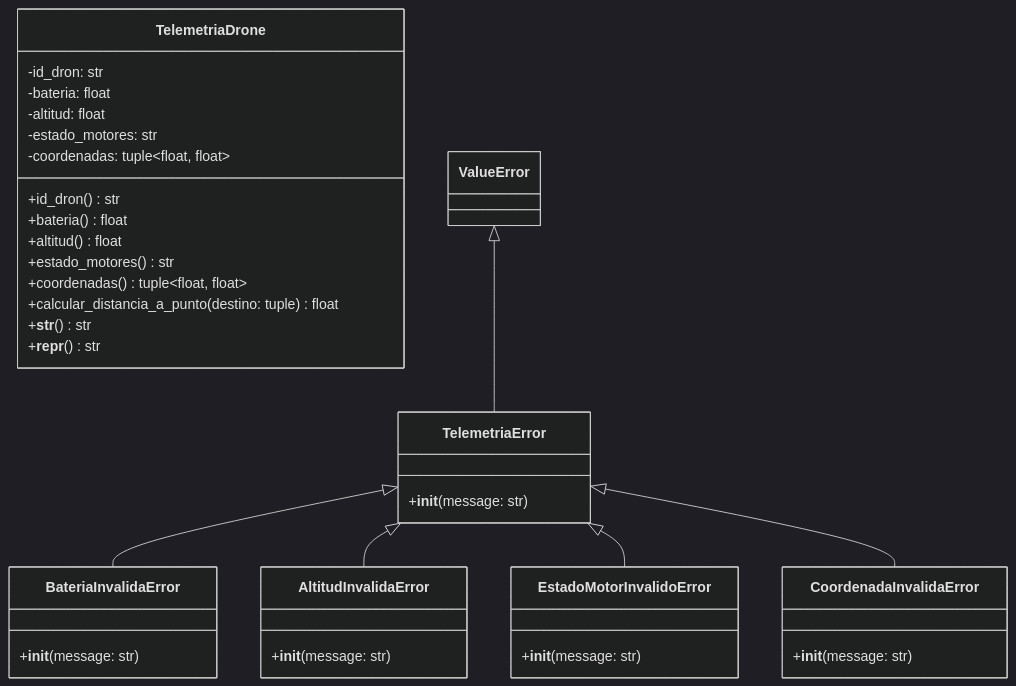
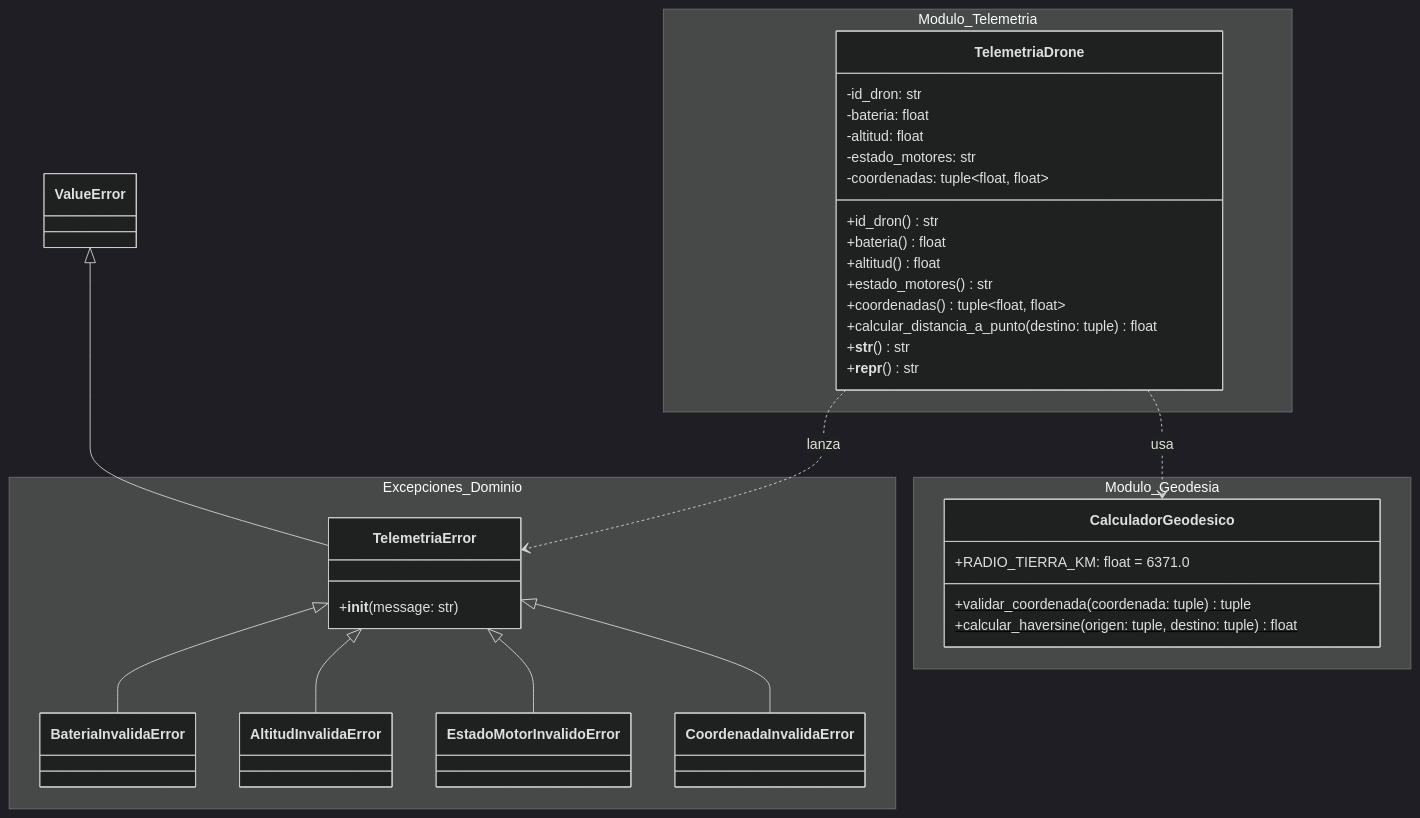
Before and after one commit to juanma120808/SkyRoute-Drones-POO: the diagram in docs/ANALISIS_DEL_PROBLEMA.md, drawn with Mermaid (dark theme). The commit also changed other lines of this file and 3 other files, not shown here.

First line of the commit message:
docs(analisis): actualizacion de requisitos, reglas de negocio y UML modular (Entregable 1)

````diff
--- a/docs/ANALISIS_DEL_PROBLEMA.md
+++ b/docs/ANALISIS_DEL_PROBLEMA.md
@@ -96,44 +76,47 @@
 ```mermaid
 classDiagram
-    class TelemetriaError {
-        +__init__(message: str)
+    namespace Excepciones_Dominio {
+        class TelemetriaError {
+            +__init__(message: str)
+        }
+        class BateriaInvalidaError
+        class AltitudInvalidaError
+        class EstadoMotorInvalidoError
+        class CoordenadaInvalidaError
     }
 
-    class BateriaInvalidaError {
-        +__init__(message: str)
+    namespace Modulo_Geodesia {
+        class CalculadorGeodesico {
+            +RADIO_TIERRA_KM: float = 6371.0
+            +validar_coordenada(coordenada: tuple)$ tuple
+            +calcular_haversine(origen: tuple, destino: tuple)$ float
+        }
     }
 
-    class AltitudInvalidaError {
-        +__init__(message: str)
-    }
-
-    class EstadoMotorInvalidoError {
-        +__init__(message: str)
-    }
-
-    class CoordenadaInvalidaError {
-        +__init__(message: str)
-    }
-
-    class TelemetriaDrone {
-        -id_dron: str
-        -bateria: float
-        -altitud: float
-        -estado_motores: str
-        -coordenadas: tuple~float, float~
-        +id_dron() str
-        +bateria() float
-        +altitud() float
-        +estado_motores() str
-        +coordenadas() tuple~float, float~
-        +calcular_distancia_a_punto(destino: tuple) float
-        +__str__() str
-        +__repr__() str
+    namespace Modulo_Telemetria {
+        class TelemetriaDrone {
+            -id_dron: str
+            -bateria: float
+            -altitud: float
+            -estado_motores: str
+            -coordenadas: tuple~float, float~
+            +id_dron() str
+            +bateria() float
+            +altitud() float
+            +estado_motores() str
+            +coordenadas() tuple~float, float~
+            +calcular_distancia_a_punto(destino: tuple) float
+            +__str__() str
+            +__repr__() str
+        }
     }
 
     ValueError <|-- TelemetriaError
     TelemetriaError <|-- BateriaInvalidaError
     TelemetriaError <|-- AltitudInvalidaError
     TelemetriaError <|-- EstadoMotorInvalidoError
     TelemetriaError <|-- CoordenadaInvalidaError
+
+    TelemetriaDrone ..> CalculadorGeodesico : usa
+    TelemetriaDrone ..> TelemetriaError : lanza
 ```
````
